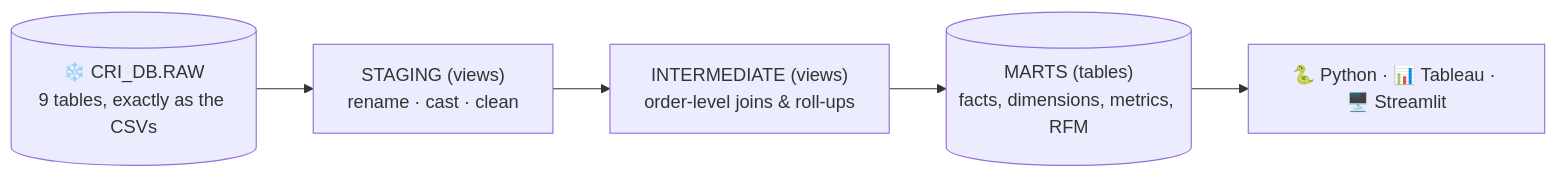
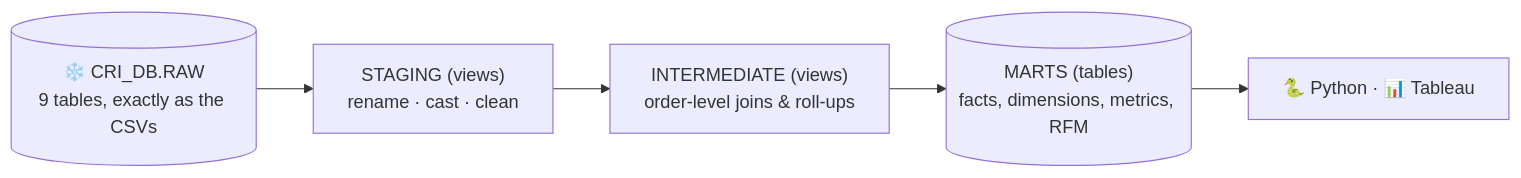
One commit to methirishika16/customer-retention-intelligence-platform changed the diagram in docs/dbt_models.md. Above: the diagram before and after it, drawn with Mermaid. The commit also changed other lines of this file and 21 other files, not shown here.

````diff
--- a/docs/dbt_models.md
+++ b/docs/dbt_models.md
@@ -5,9 +5,9 @@
 ```mermaid
 flowchart LR
     RAW[("❄️ CRI_DB.RAW<br/>9 tables, exactly as the CSVs")]
     STG["STAGING (views)<br/>rename · cast · clean"]
     INT["INTERMEDIATE (views)<br/>order-level joins & roll-ups"]
     MARTS[("MARTS (tables)<br/>facts, dimensions, metrics, RFM")]
-    USE["🐍 Python · 📊 Tableau · 🖥️ Streamlit"]
+    USE["🐍 Python · 📊 Tableau"]
     RAW --> STG --> INT --> MARTS --> USE
 ```
````
